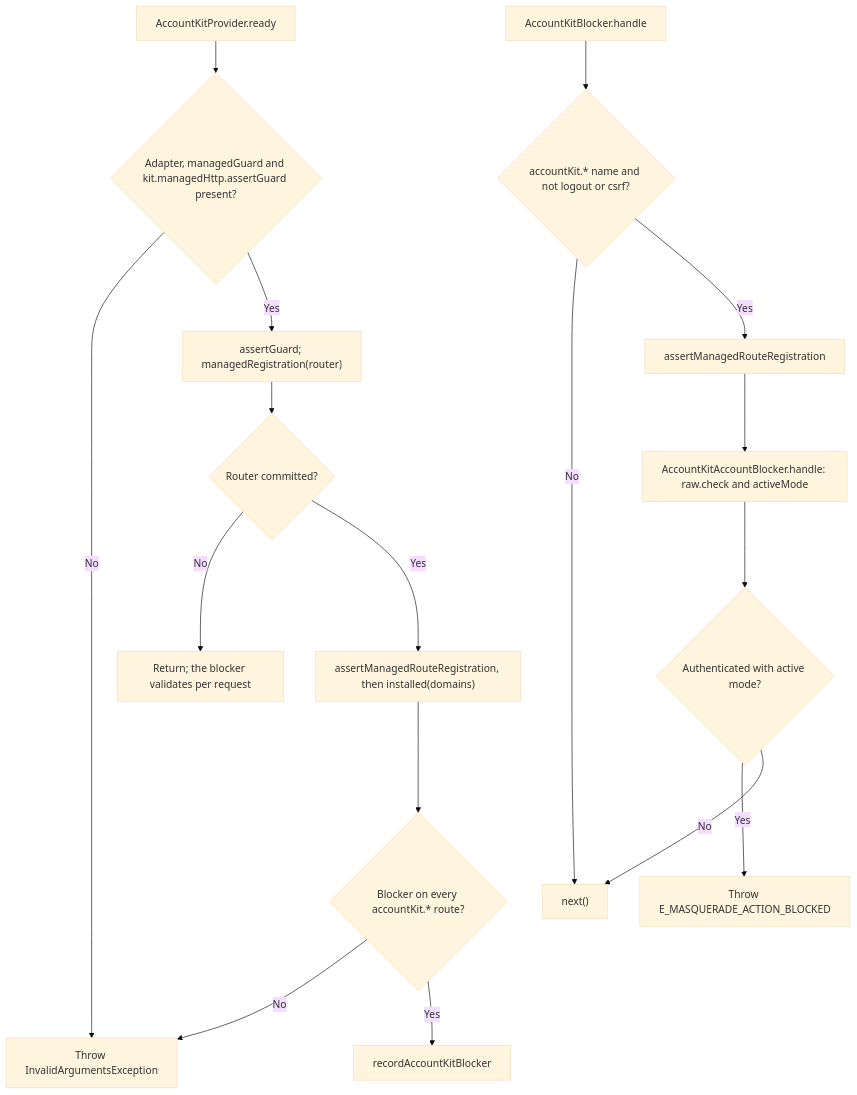
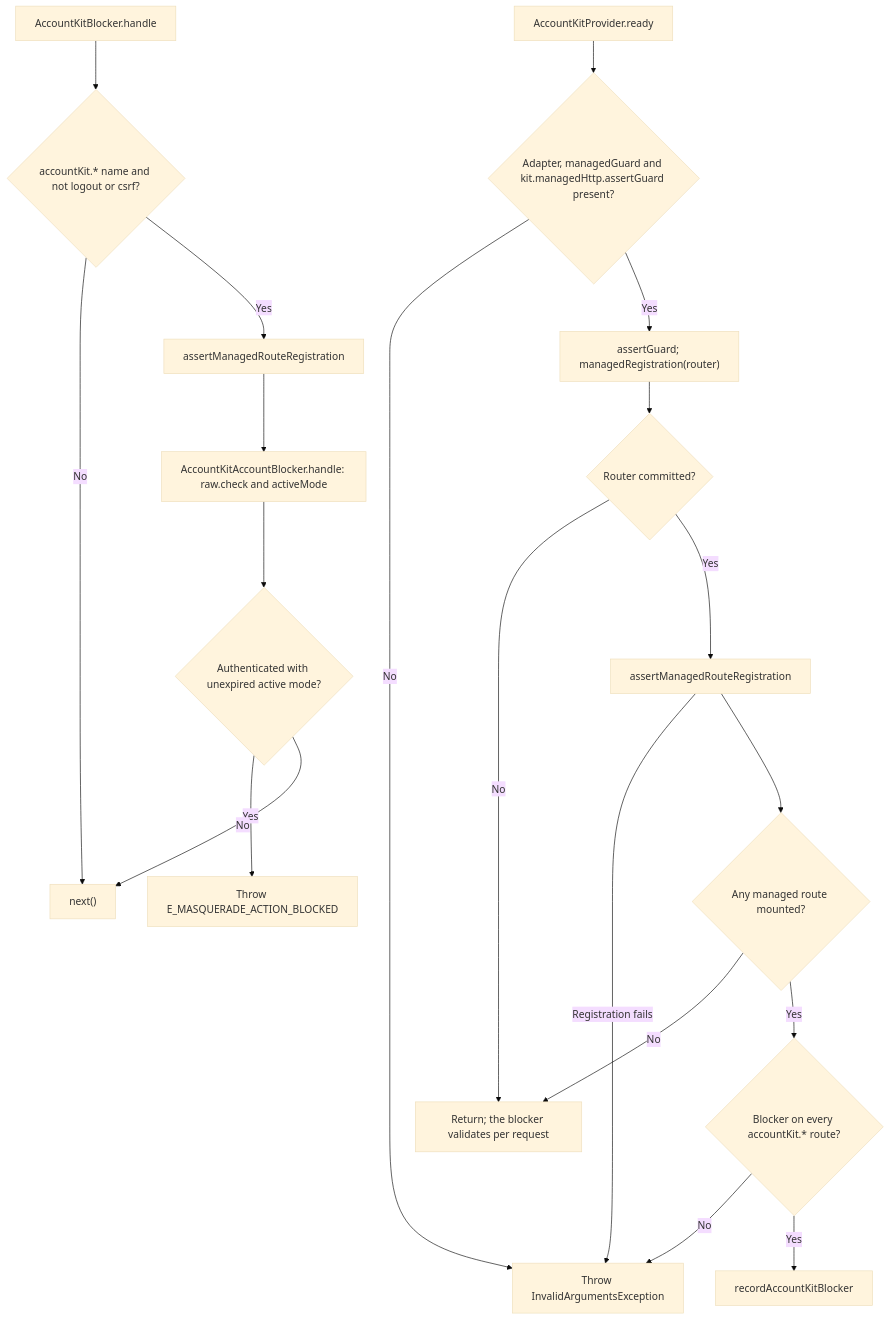
Before and after one commit to Kevinjohn/oss-adonisjs-masquerade: the second of 2 diagrams in user-stories/protect-native-account/us-account-02-install-account-kit-blocker.md, drawn with Mermaid (base theme). The commit also changed other lines of this file and 26 other files, not shown here.

````diff
--- a/user-stories/protect-native-account/us-account-02-install-account-kit-blocker.md
+++ b/user-stories/protect-native-account/us-account-02-install-account-kit-blocker.md
@@ -40,19 +40,22 @@
 ```mermaid
 flowchart TD
     A["AccountKitProvider.ready"] --> B{"Adapter, managedGuard and kit.managedHttp.assertGuard present?"}
     B -->|No| C["Throw InvalidArgumentsException"]
     B -->|Yes| D["assertGuard; managedRegistration(router)"]
     D --> E{"Router committed?"}
     E -->|No| F["Return; the blocker validates per request"]
-    E -->|Yes| G["assertManagedRouteRegistration, then installed(domains)"]
-    G --> H{"Blocker on every accountKit.* route?"}
+    E -->|Yes| G["assertManagedRouteRegistration"]
+    G -->|Registration fails| C
+    G --> Q{"Any managed route mounted?"}
+    Q -->|No| F
+    Q -->|Yes| H{"Blocker on every accountKit.* route?"}
     H -->|No| C
     H -->|Yes| I["recordAccountKitBlocker"]
     J["AccountKitBlocker.handle"] --> K{"accountKit.* name and not logout or csrf?"}
     K -->|No| L["next()"]
     K -->|Yes| M["assertManagedRouteRegistration"]
     M --> N["AccountKitAccountBlocker.handle: raw.check and activeMode"]
-    N --> O{"Authenticated with active mode?"}
+    N --> O{"Authenticated with unexpired active mode?"}
     O -->|Yes| P["Throw E_MASQUERADE_ACTION_BLOCKED"]
     O -->|No| L
 ```
````
